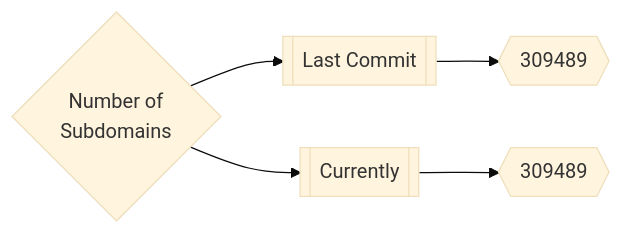
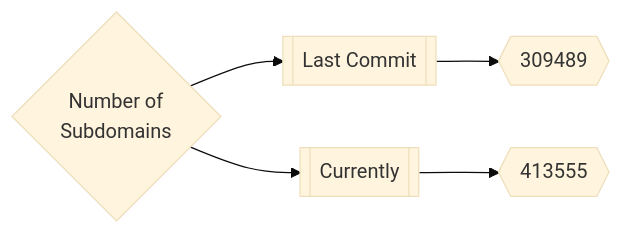
One commit to trickest/inventory changed the first of 3 diagrams in README.md. Above: the diagram before and after it, drawn with Mermaid (base theme). The commit also changed other lines of this file and 116 other files, not shown here.

````diff
--- a/README.md
+++ b/README.md
@@ -165,5 +165,5 @@
 ```mermaid
 graph LR
 title{Number of<br>Subdomains} --> subdomainsDate1[[Last Commit]] --> subdomainsNum1{{309489}}
-title --> subdomainsDate2[[Currently]] --> subdomainsNum2{{309489}}
+title --> subdomainsDate2[[Currently]] --> subdomainsNum2{{413555}}
 ```
````
